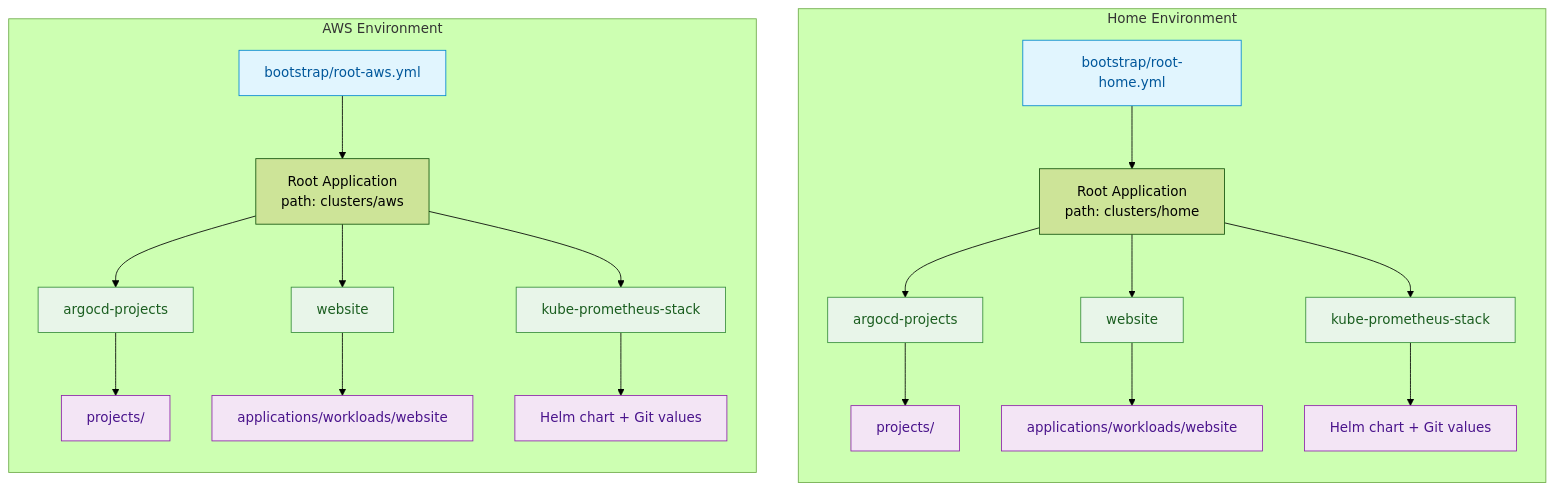
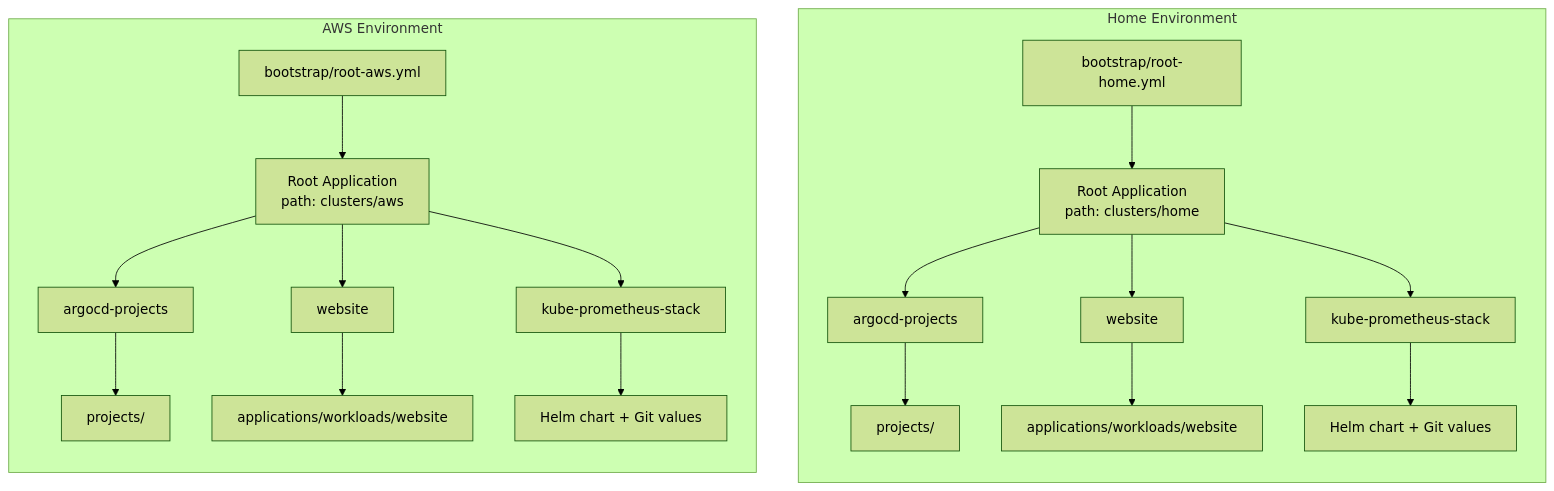
One commit to rs235/project-argocd changed the diagram in README.md. Above: the diagram before and after it, drawn with Mermaid (forest theme).

Commit message:
docs: remove flowchart colors

````diff
--- a/README.md
+++ b/README.md
@@ -14,45 +14,41 @@
 ``` mermaid
 flowchart TB
     subgraph HOME["Home Environment"]
         direction TB
         H0["bootstrap/root-home.yml"]
         H1["Root Application<br/>path: clusters/home"]
 
         H0 --> H1
 
         H1 --> H2["argocd-projects"]
         H2 --> H3["projects/"]
 
         H1 --> H4["website"]
         H4 --> H5["applications/workloads/website"]
 
         H1 --> H6["kube-prometheus-stack"]
         H6 --> H7["Helm chart + Git values"]
     end
 
     subgraph AWS["AWS Environment"]
         direction TB
         A0["bootstrap/root-aws.yml"]
         A1["Root Application<br/>path: clusters/aws"]
 
         A0 --> A1
 
         A1 --> A2["argocd-projects"]
         A2 --> A3["projects/"]
 
         A1 --> A4["website"]
         A4 --> A5["applications/workloads/website"]
 
         A1 --> A6["kube-prometheus-stack"]
         A6 --> A7["Helm chart + Git values"]
     end
 
-    classDef bootstrap fill:#e1f5fe,stroke:#0288d1,color:#01579b
-    classDef app fill:#e8f5e9,stroke:#388e3c,color:#1b5e20
-    classDef config fill:#f3e5f5,stroke:#8e24aa,color:#4a148c
-
     class H0,A0 bootstrap
     class H1,A1 root
     class H2,H4,H6,A2,A4,A6 app
     class H3,H5,H7,A3,A5,A7 config
 ```
````
